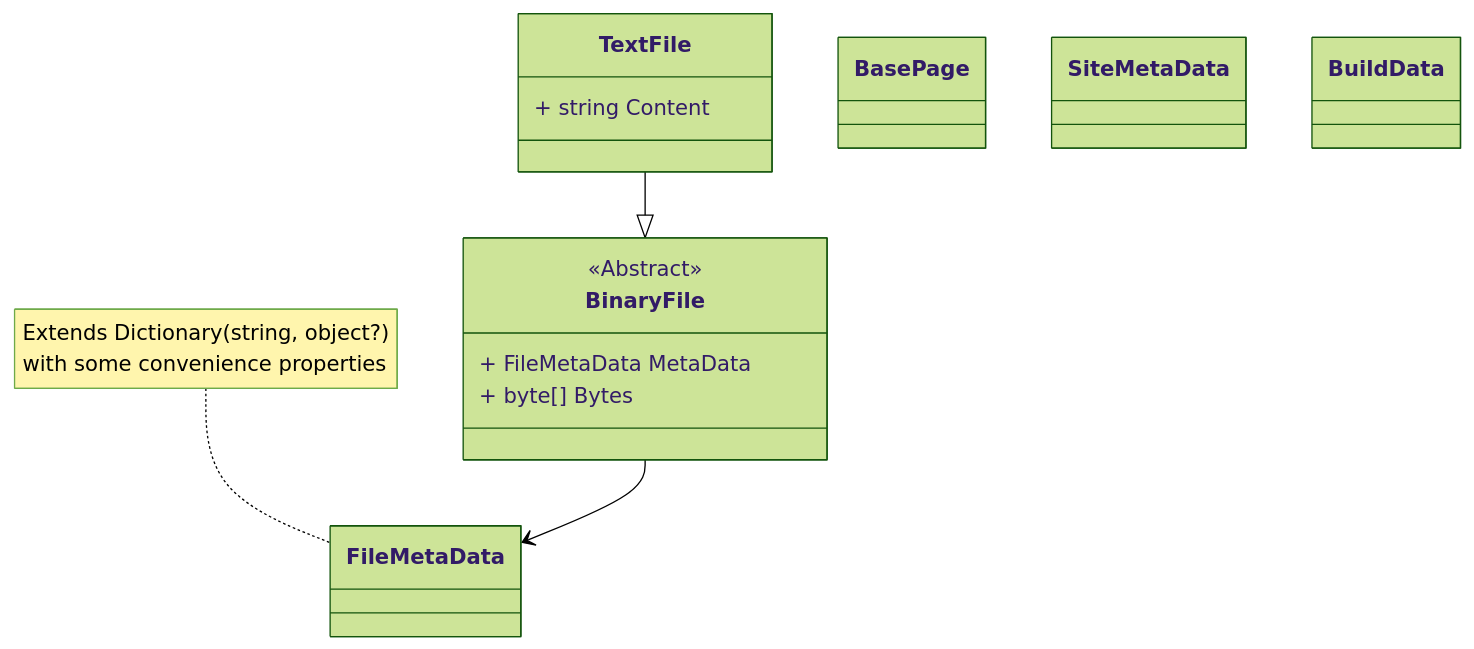
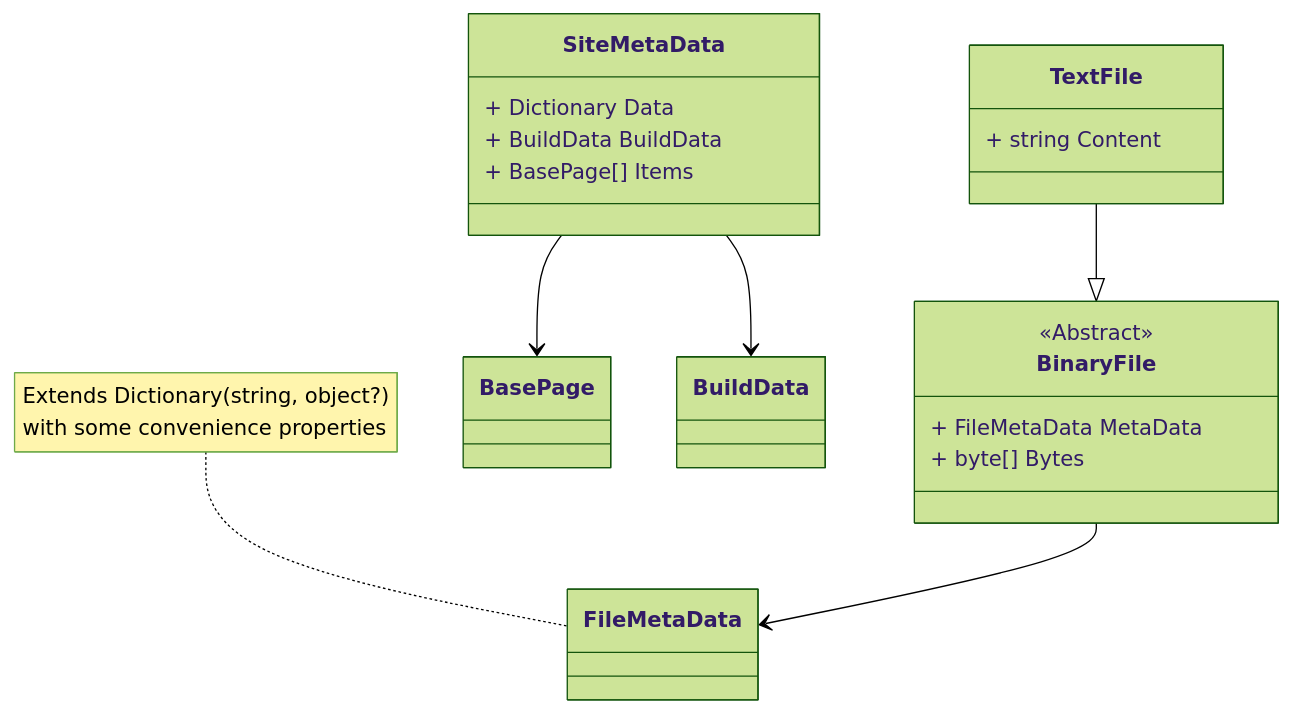
The diagram in README.md (kaylumah/hosting), drawn with Mermaid (forest theme) before and after one commit.

````diff
--- a/README.md
+++ b/README.md
@@ -26,31 +26,36 @@
 ```mermaid
 classDiagram
 
     class BinaryFile{
         + FileMetaData MetaData
         + byte[] Bytes
     }
     <<Abstract>> BinaryFile
 
     class TextFile{
         + string Content
     }
 
     class FileMetaData{
     }
 
     class BasePage {
     }
 
     class SiteMetaData {
+        + Dictionary Data
+        + BuildData BuildData
+        + BasePage[] Items
     }
 
     class BuildData {
     }
 
     BinaryFile --> FileMetaData
     TextFile --|> BinaryFile
+    SiteMetaData --> BasePage
+    SiteMetaData --> BuildData
 
     note for FileMetaData "Extends Dictionary(string, object?) 
     with some convenience properties"
 ```
````
